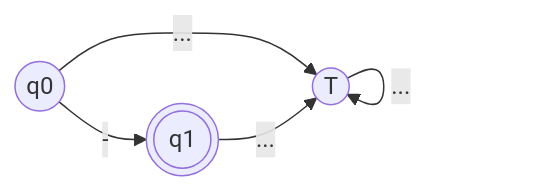
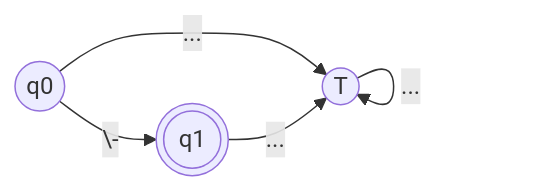
Diagram 24 of 34 in docs/regexp-afd.md (martinstanicio/tinylang), drawn with Mermaid before and after one commit. The commit also changed other lines of this file, not shown here.

Commit message:
escapar caracteres especiales en los diagramas de estado

````diff
--- a/docs/regexp-afd.md
+++ b/docs/regexp-afd.md
@@ -461,9 +461,9 @@
 ```mermaid
 flowchart LR
     q0(("q0"))
     q1((("q1")))
     T(("T"))
 
-    q0 -- "-" --> q1
+    q0 -- "\-" --> q1
     q0 & q1 & T -- "..." --> T
 ```
````
